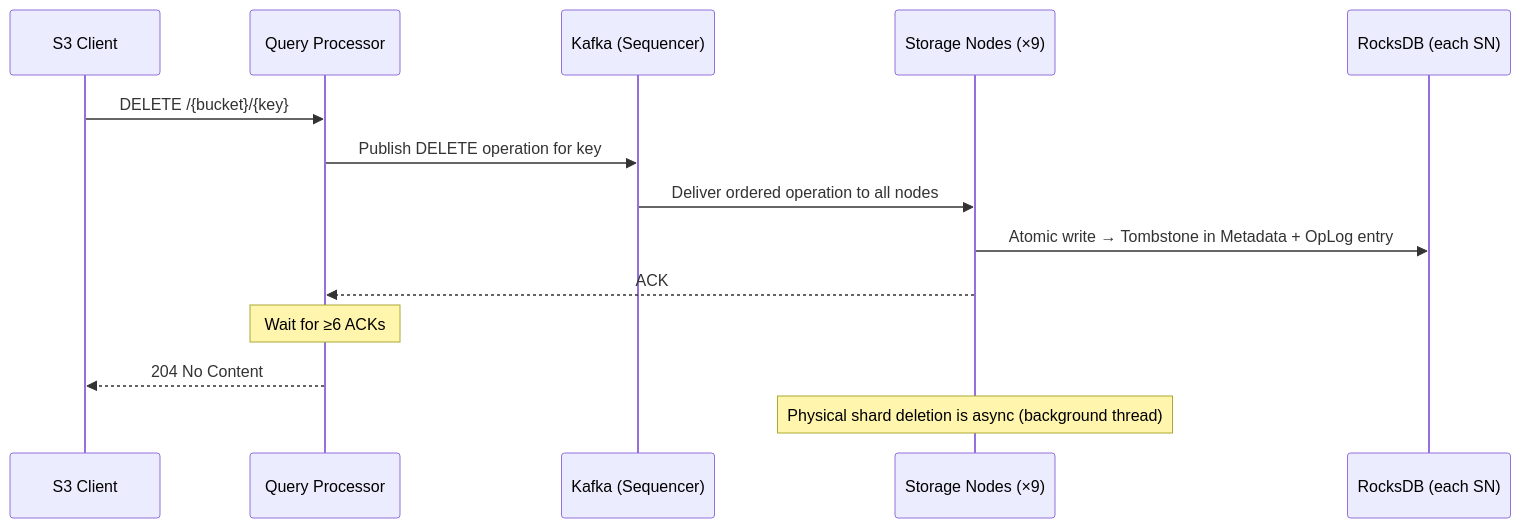
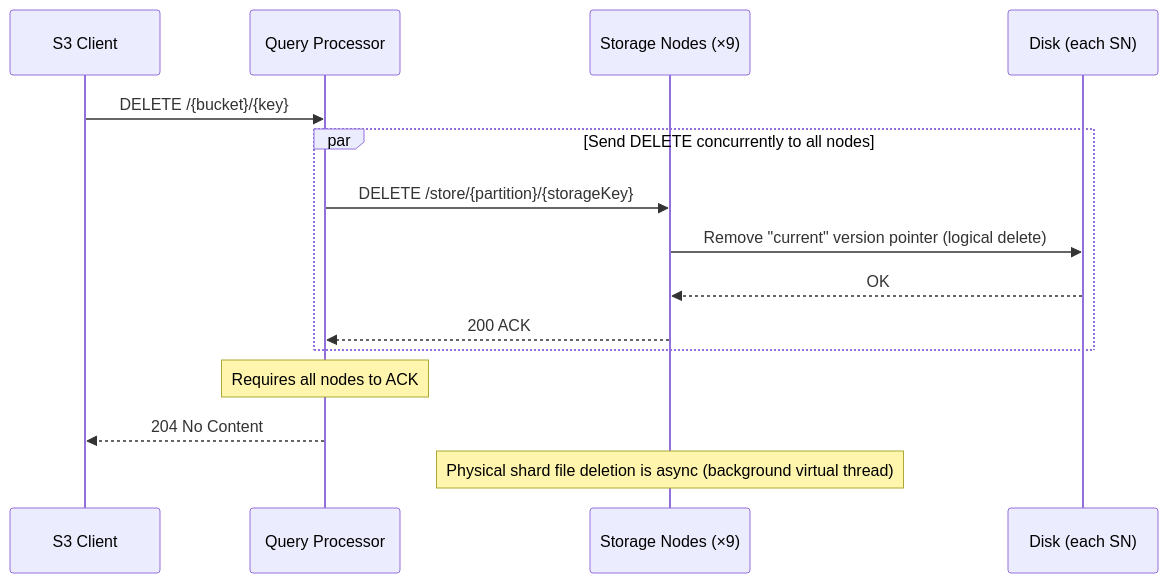
Before and after one commit to S26-Distributed-Capstone/Koop: the sixth of 16 diagrams in docs/workflow.md, drawn with Mermaid. The commit also changed other lines of this file, not shown here.

Commit message:
Update workflow documentation to reflect Kafka/pub/sub integration and clarify multipart upload processes (AI)

````diff
--- a/docs/workflow.md
+++ b/docs/workflow.md
@@ -185,18 +160,19 @@
 ```mermaid
 sequenceDiagram
     participant C as S3 Client
     participant QP as Query Processor
-    participant Kafka as Kafka (Sequencer)
     participant SN as Storage Nodes (×9)
-    participant RDB as RocksDB (each SN)
+    participant Disk as Disk (each SN)
 
     C->>QP: DELETE /{bucket}/{key}
-    QP->>Kafka: Publish DELETE operation for key
-    Kafka->>SN: Deliver ordered operation to all nodes
-    SN->>RDB: Atomic write → Tombstone in Metadata + OpLog entry
-    SN-->>QP: ACK
-    Note over QP: Wait for ≥6 ACKs
+    par Send DELETE concurrently to all nodes
+        QP->>SN: DELETE /store/{partition}/{storageKey}
+        SN->>Disk: Remove "current" version pointer (logical delete)
+        Disk-->>SN: OK
+        SN-->>QP: 200 ACK
+    end
+    Note over QP: Requires all nodes to ACK
     QP-->>C: 204 No Content
 
-    Note over SN: Physical shard deletion is async (background thread)
+    Note over SN: Physical shard file deletion is async (background virtual thread)
 ```
````
